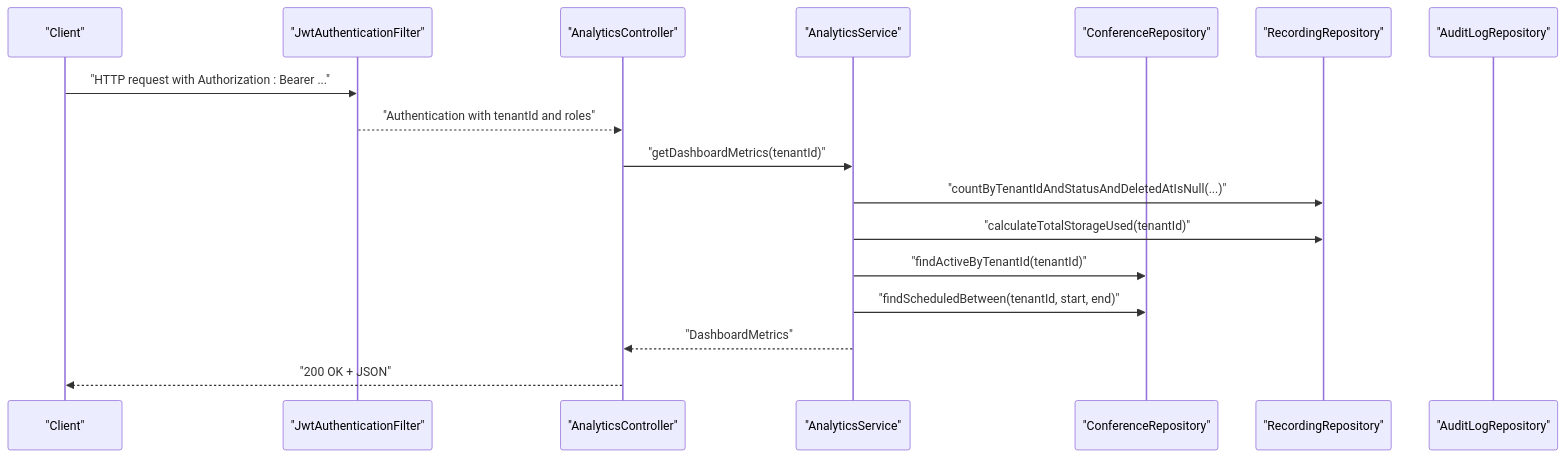
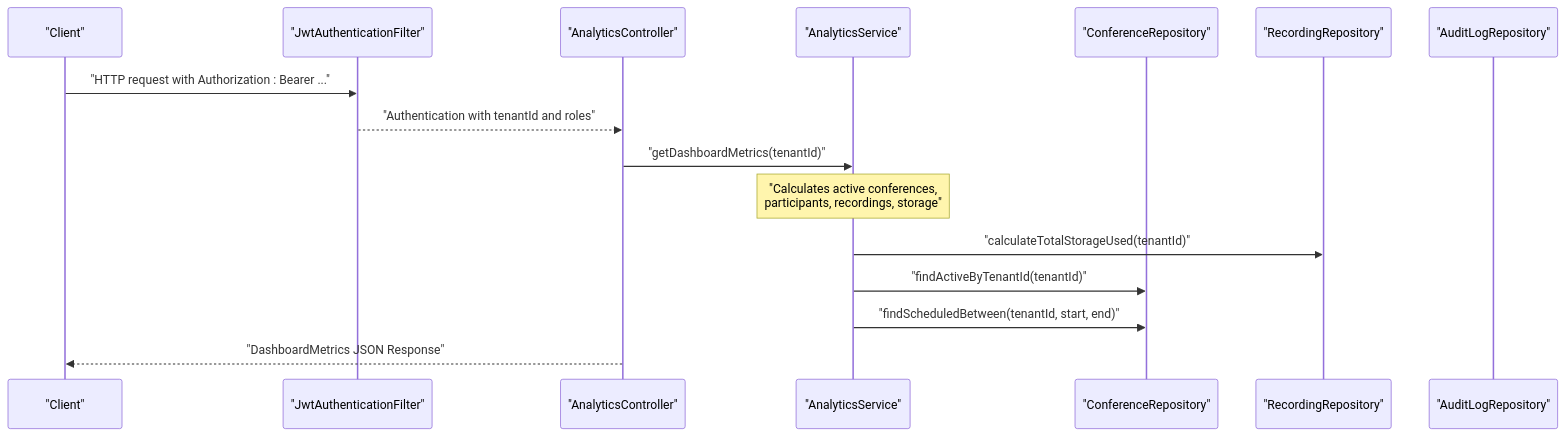
The second of 4 diagrams in .qoder/repowiki/en/content/API Documentation/Analytics and Reporting API.md (Vostrikov2014/vks-qoder), drawn with Mermaid before and after one commit. The commit also changed other lines of this file and 5 other files, not shown here.

````diff
--- a/.qoder/repowiki/en/content/API Documentation/Analytics and Reporting API.md
+++ b/.qoder/repowiki/en/content/API Documentation/Analytics and Reporting API.md
@@ -94,19 +108,18 @@
 ```mermaid
 sequenceDiagram
 participant C as "Client"
 participant F as "JwtAuthenticationFilter"
 participant Ctrl as "AnalyticsController"
 participant Svc as "AnalyticsService"
 participant RepoC as "ConferenceRepository"
 participant RepoR as "RecordingRepository"
 participant RepoA as "AuditLogRepository"
 C->>F : "HTTP request with Authorization : Bearer ..."
 F-->>Ctrl : "Authentication with tenantId and roles"
 Ctrl->>Svc : "getDashboardMetrics(tenantId)"
-Svc->>RepoR : "countByTenantIdAndStatusAndDeletedAtIsNull(...)"
+Note over Svc : "Calculates active conferences,<br/>participants, recordings, storage"
 Svc->>RepoR : "calculateTotalStorageUsed(tenantId)"
 Svc->>RepoC : "findActiveByTenantId(tenantId)"
 Svc->>RepoC : "findScheduledBetween(tenantId, start, end)"
-Svc-->>Ctrl : "DashboardMetrics"
-Ctrl-->>C : "200 OK + JSON"
+Ctrl-->>C : "DashboardMetrics JSON Response"
 ```
````
